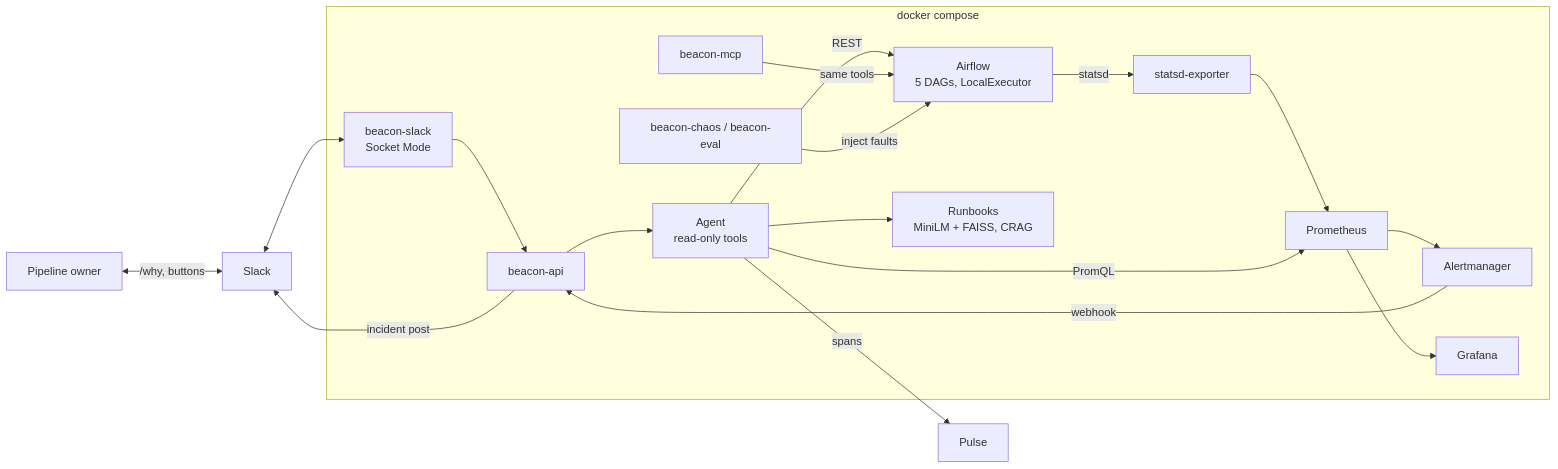
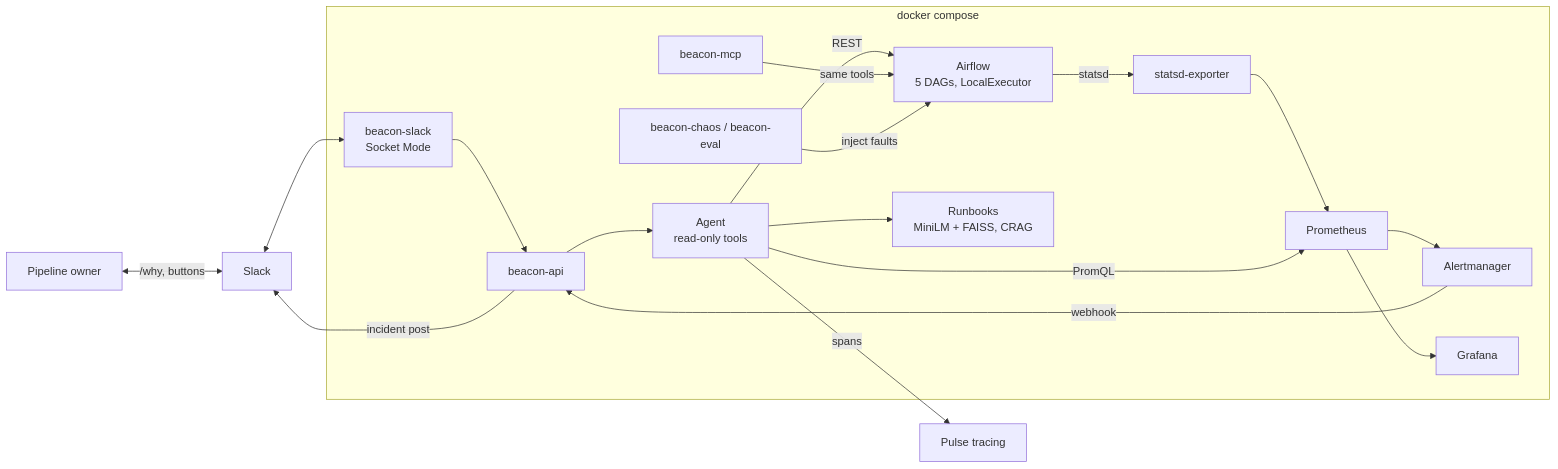
The diagram in README.md (reema-s1/Beacon), drawn with Mermaid before and after one commit. The commit also changed other lines of this file and 7 other files, not shown here.

````diff
--- a/README.md
+++ b/README.md
@@ -19,19 +33,19 @@
 ```mermaid
 flowchart LR
     U[Pipeline owner] <-->|/why, buttons| S[Slack]
     subgraph compose[docker compose]
       AF[Airflow<br/>5 DAGs, LocalExecutor] -->|statsd| SE[statsd-exporter] --> P[Prometheus] --> AM[Alertmanager]
       AM -->|webhook| API[beacon-api]
       API --> AG[Agent<br/>read-only tools]
       AG -->|REST| AF
       AG -->|PromQL| P
       AG --> RB[Runbooks<br/>MiniLM + FAISS, CRAG]
       P --> G[Grafana]
       BS[beacon-slack<br/>Socket Mode] --> API
       MCP[beacon-mcp] -->|same tools| AF
       CH[beacon-chaos / beacon-eval] -->|inject faults| AF
     end
     API -->|incident post| S
     S <--> BS
-    AG -->|spans| PU[Pulse]
+    AG -->|spans| PU[Pulse tracing]
 ```
````
